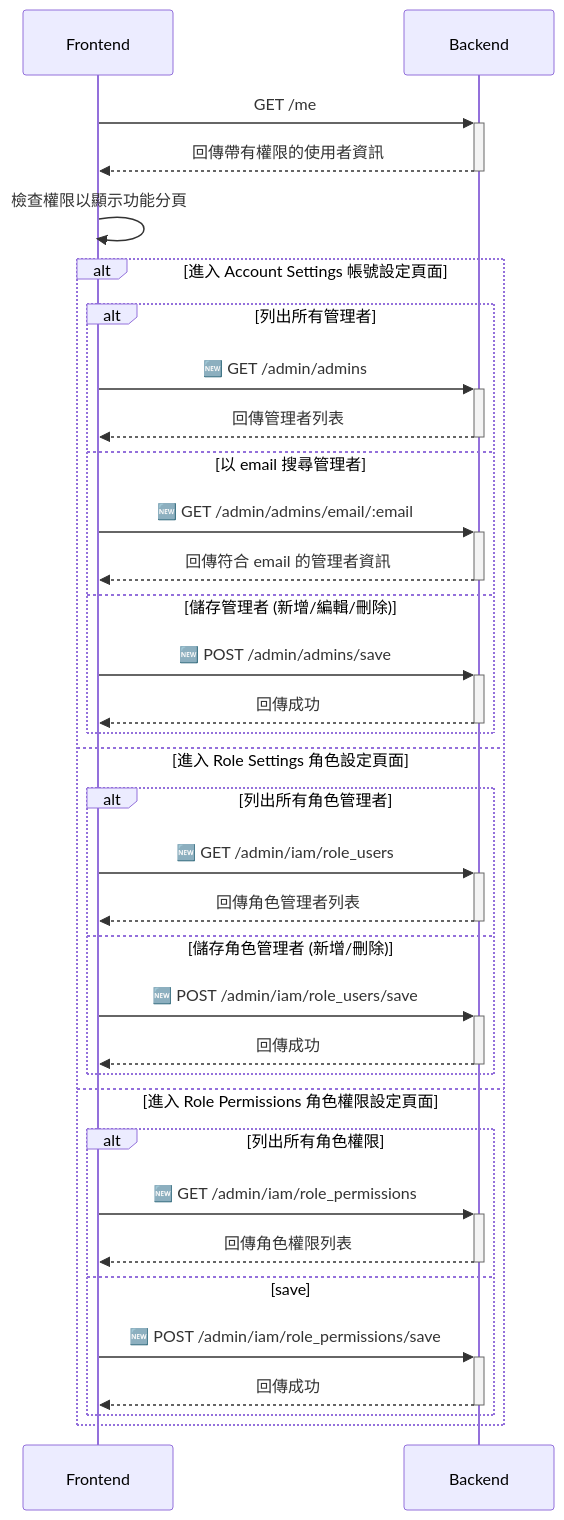
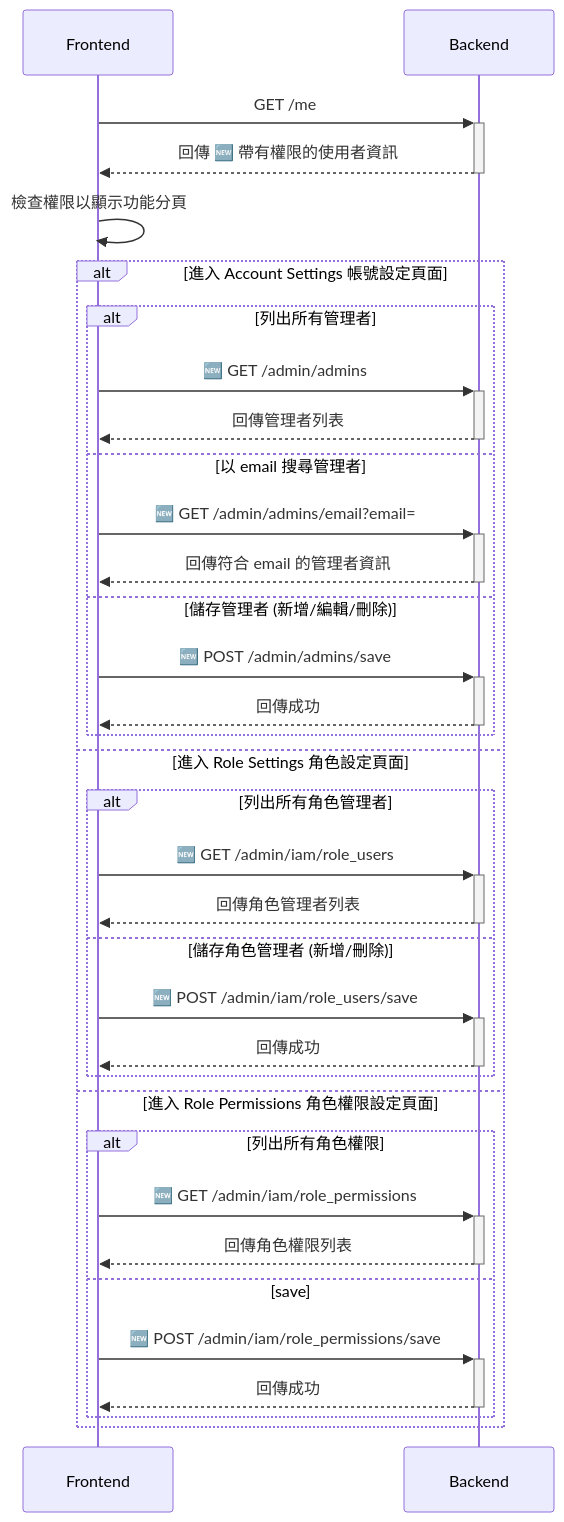
The first of 2 diagrams in api/design/permission_management/README.md (harry-tsai/notebook), drawn with Mermaid before and after one commit. The commit also changed other lines of this file, not shown here.

Commit message:
新增管理者相關 API 的序列圖及權限描述

````diff
--- a/api/design/permission_management/README.md
+++ b/api/design/permission_management/README.md
@@ -9,35 +9,35 @@
 ```mermaid
 sequenceDiagram
   Frontend ->>+ Backend: GET /me
-  Backend -->>- Frontend: 回傳帶有權限的使用者資訊
+  Backend -->>- Frontend: 回傳 🆕 帶有權限的使用者資訊
   Frontend ->> Frontend: 檢查權限以顯示功能分頁
 
   alt 進入 Account Settings 帳號設定頁面
     alt 列出所有管理者
       Frontend ->>+ Backend: 🆕 GET /admin/admins
       Backend -->>- Frontend: 回傳管理者列表
     else 以 email 搜尋管理者
-      Frontend ->>+ Backend: 🆕 GET /admin/admins/email/:email
+      Frontend ->>+ Backend: 🆕 GET /admin/admins/email?email=
       Backend -->>- Frontend: 回傳符合 email 的管理者資訊
     else 儲存管理者 (新增/編輯/刪除)
       Frontend ->>+ Backend: 🆕 POST /admin/admins/save
       Backend -->>- Frontend: 回傳成功
     end
   else 進入 Role Settings 角色設定頁面
     alt 列出所有角色管理者
       Frontend ->>+ Backend: 🆕 GET /admin/iam/role_users
       Backend -->>- Frontend: 回傳角色管理者列表
     else 儲存角色管理者 (新增/刪除)
       Frontend ->>+ Backend: 🆕 POST /admin/iam/role_users/save
       Backend -->>- Frontend: 回傳成功
     end
   else 進入 Role Permissions 角色權限設定頁面
     alt 列出所有角色權限
       Frontend ->>+ Backend: 🆕 GET /admin/iam/role_permissions
       Backend -->>- Frontend: 回傳角色權限列表
     else save
       Frontend ->>+ Backend: 🆕 POST /admin/iam/role_permissions/save
       Backend -->>- Frontend: 回傳成功
     end
   end
 ```
````
